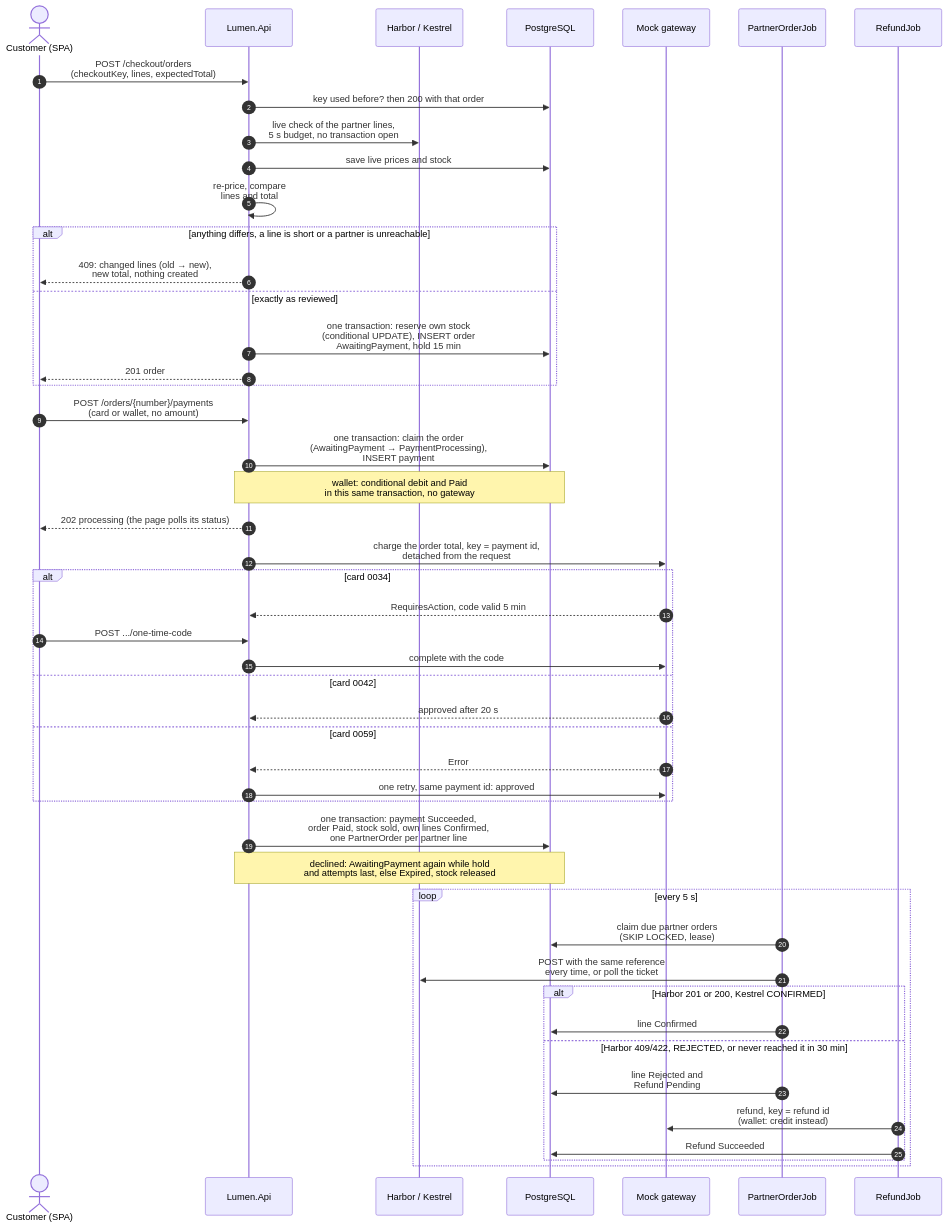
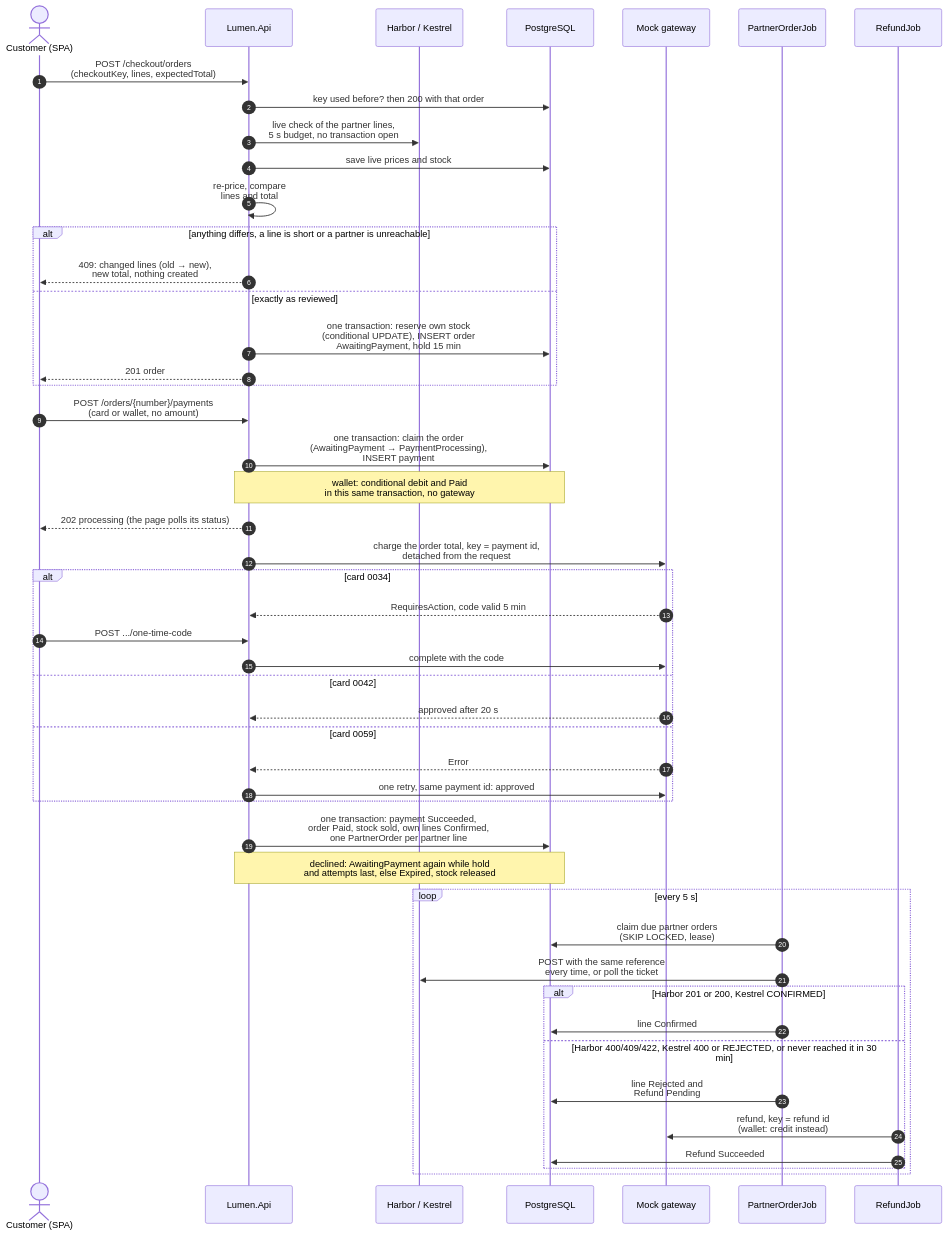
The third of 4 diagrams in DESIGN.md (popiazaza/lumen-goods), drawn with Mermaid before and after one commit. The commit also changed 3 other files, not shown here.

Commit message:
docs(rules): Harbor 400 and Kestrel's first-send 400 reject a line too

````diff
--- a/DESIGN.md
+++ b/DESIGN.md
@@ -124,50 +124,50 @@
 ```mermaid
 sequenceDiagram
     autonumber
     actor C as Customer (SPA)
     participant API as Lumen.Api
     participant P as Harbor / Kestrel
     participant DB as PostgreSQL
     participant G as Mock gateway
     participant OJ as PartnerOrderJob
     participant RJ as RefundJob
     C->>API: POST /checkout/orders<br/>(checkoutKey, lines, expectedTotal)
     API->>DB: key used before? then 200 with that order
     API->>P: live check of the partner lines,<br/>5 s budget, no transaction open
     API->>DB: save live prices and stock
     API->>API: re-price, compare<br/>lines and total
     alt anything differs, a line is short or a partner is unreachable
         API-->>C: 409: changed lines (old → new),<br/>new total, nothing created
     else exactly as reviewed
         API->>DB: one transaction: reserve own stock<br/>(conditional UPDATE), INSERT order<br/>AwaitingPayment, hold 15 min
         API-->>C: 201 order
     end
     C->>API: POST /orders/{number}/payments<br/>(card or wallet, no amount)
     API->>DB: one transaction: claim the order<br/>(AwaitingPayment → PaymentProcessing),<br/>INSERT payment
     Note over API,DB: wallet: conditional debit and Paid<br/>in this same transaction, no gateway
     API-->>C: 202 processing (the page polls its status)
     API->>G: charge the order total, key = payment id,<br/>detached from the request
     alt card 0034
         G-->>API: RequiresAction, code valid 5 min
         C->>API: POST .../one-time-code
         API->>G: complete with the code
     else card 0042
         G-->>API: approved after 20 s
     else card 0059
         G-->>API: Error
         API->>G: one retry, same payment id: approved
     end
     API->>DB: one transaction: payment Succeeded,<br/>order Paid, stock sold, own lines Confirmed,<br/>one PartnerOrder per partner line
     Note over API,DB: declined: AwaitingPayment again while hold<br/>and attempts last, else Expired, stock released
     loop every 5 s
         OJ->>DB: claim due partner orders<br/>(SKIP LOCKED, lease)
         OJ->>P: POST with the same reference<br/>every time, or poll the ticket
         alt Harbor 201 or 200, Kestrel CONFIRMED
             OJ->>DB: line Confirmed
-        else Harbor 409/422, REJECTED, or never reached it in 30 min
+        else Harbor 400/409/422, Kestrel 400 or REJECTED, or never reached it in 30 min
             OJ->>DB: line Rejected and<br/>Refund Pending
             RJ->>G: refund, key = refund id<br/>(wallet: credit instead)
             RJ->>DB: Refund Succeeded
         end
     end
 ```
````
